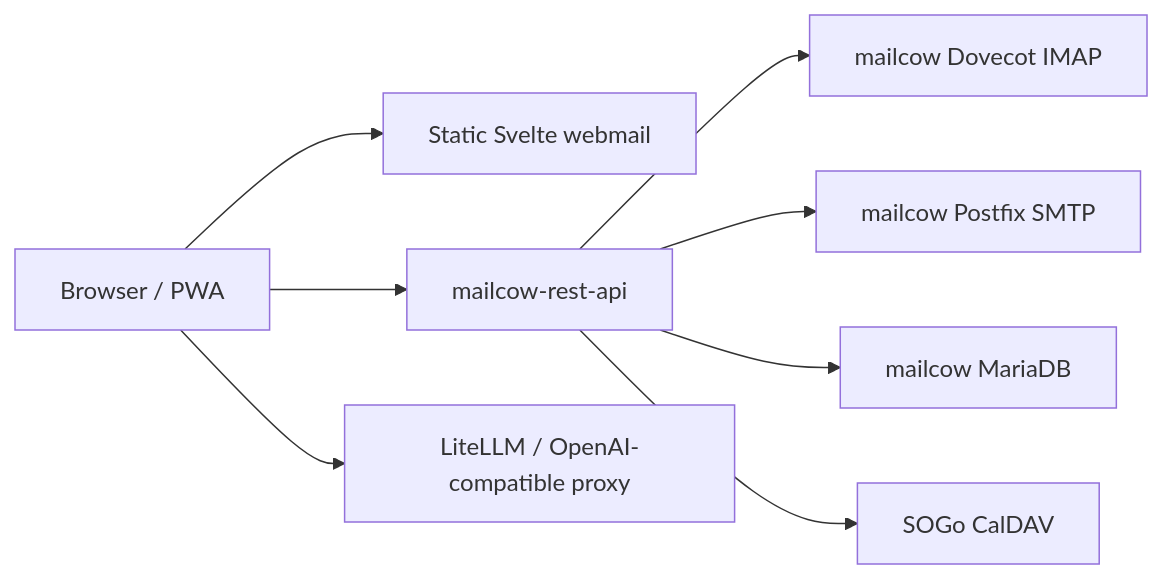
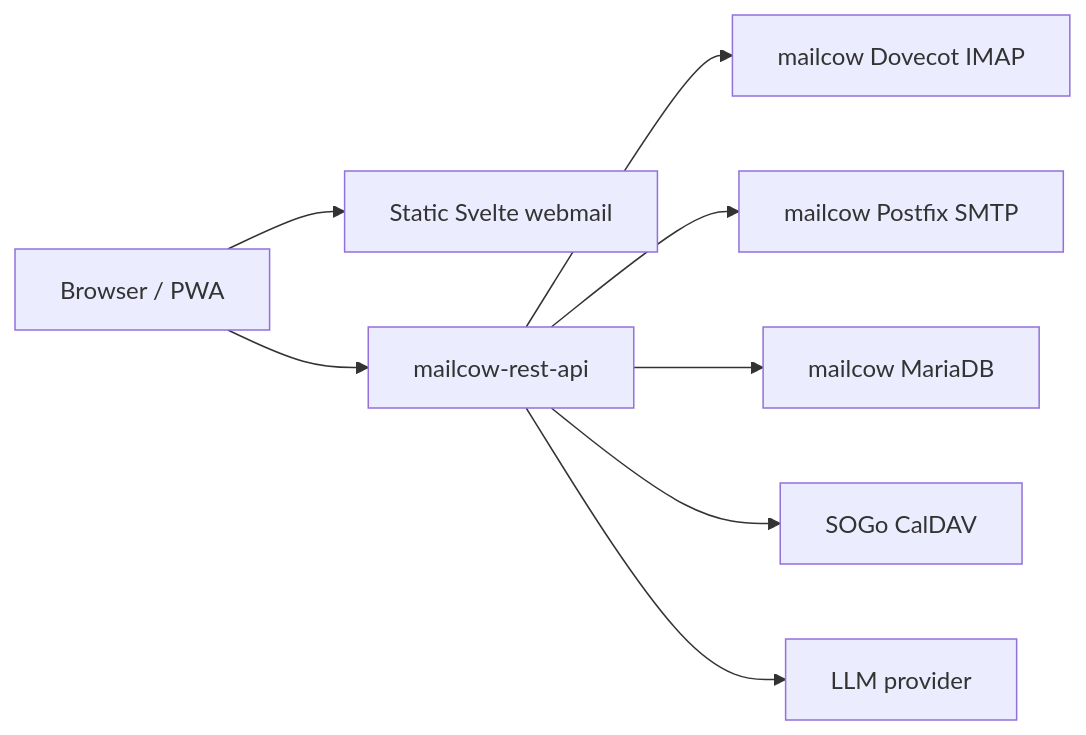
Before and after one commit to jr551/mailcow-rest-api-webmail: the diagram in README.md, drawn with Mermaid. The commit also changed other lines of this file and 17 other files, not shown here.

````diff
--- a/README.md
+++ b/README.md
@@ -132,10 +132,10 @@
 ```mermaid
 flowchart LR
     Browser[Browser / PWA] --> Static[Static Svelte webmail]
     Browser --> API[mailcow-rest-api]
     API --> IMAP[mailcow Dovecot IMAP]
     API --> SMTP[mailcow Postfix SMTP]
     API --> DB[mailcow MariaDB]
     API --> SOGo[SOGo CalDAV]
-    Browser --> LiteLLM[LiteLLM / OpenAI-compatible proxy]
+    API --> LLM[LLM provider]
 ```
````
